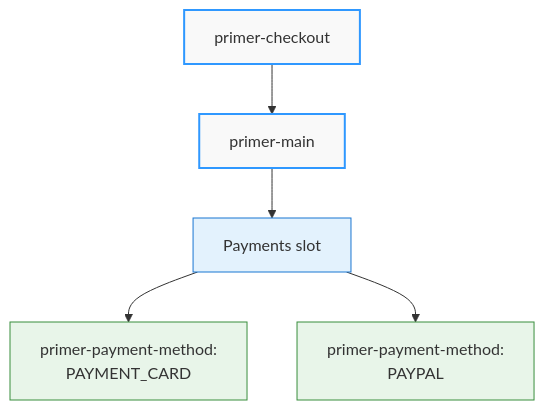
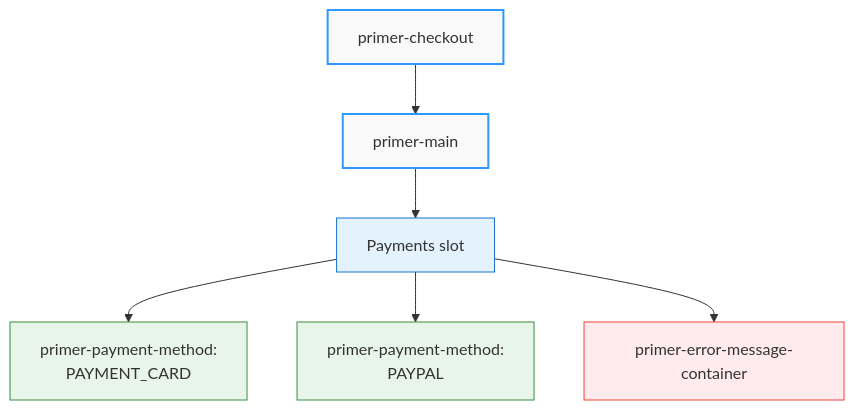
Before and after one commit to primer-io/examples: the diagram in docs/general-docs/documentation/getting-started.md, drawn with Mermaid. The commit also changed other lines of this file and 74 other files, not shown here.

````diff
--- a/docs/general-docs/documentation/getting-started.md
+++ b/docs/general-docs/documentation/getting-started.md
@@ -309,15 +317,17 @@
 ```mermaid
 flowchart TD
     A[primer-checkout] --> B[primer-main]
     B --> C[Payments slot]
     C --> D[primer-payment-method:
     PAYMENT_CARD]
     C --> E[primer-payment-method:
     PAYPAL]
+    C --> F[primer-error-message-container]
 
     style A fill:#f9f9f9,stroke:#2f98ff,stroke-width:2px
     style B fill:#f9f9f9,stroke:#2f98ff,stroke-width:2px
     style C fill:#e3f2fd,stroke:#1976d2,stroke-width:1px
     style D fill:#e8f5e9,stroke:#388e3c,stroke-width:1px
     style E fill:#e8f5e9,stroke:#388e3c,stroke-width:1px
+    style F fill:#ffebee,stroke:#f44336,stroke-width:1px
 ```
````
